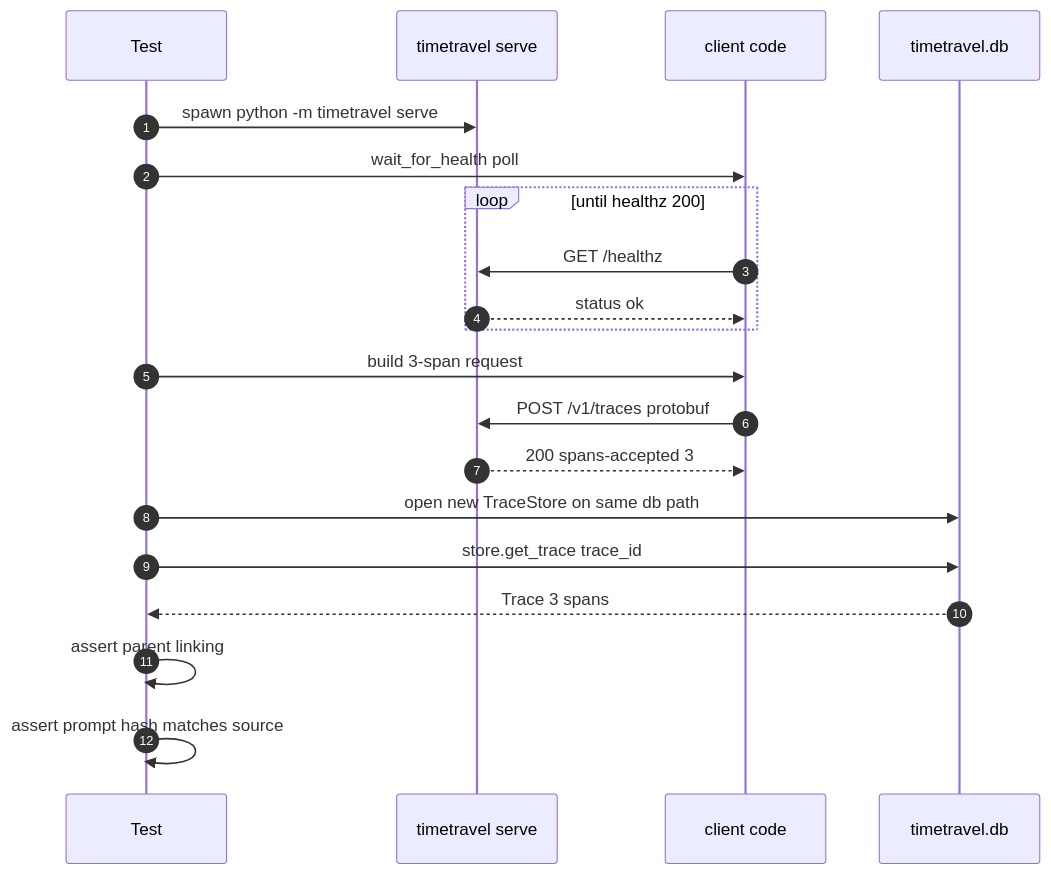
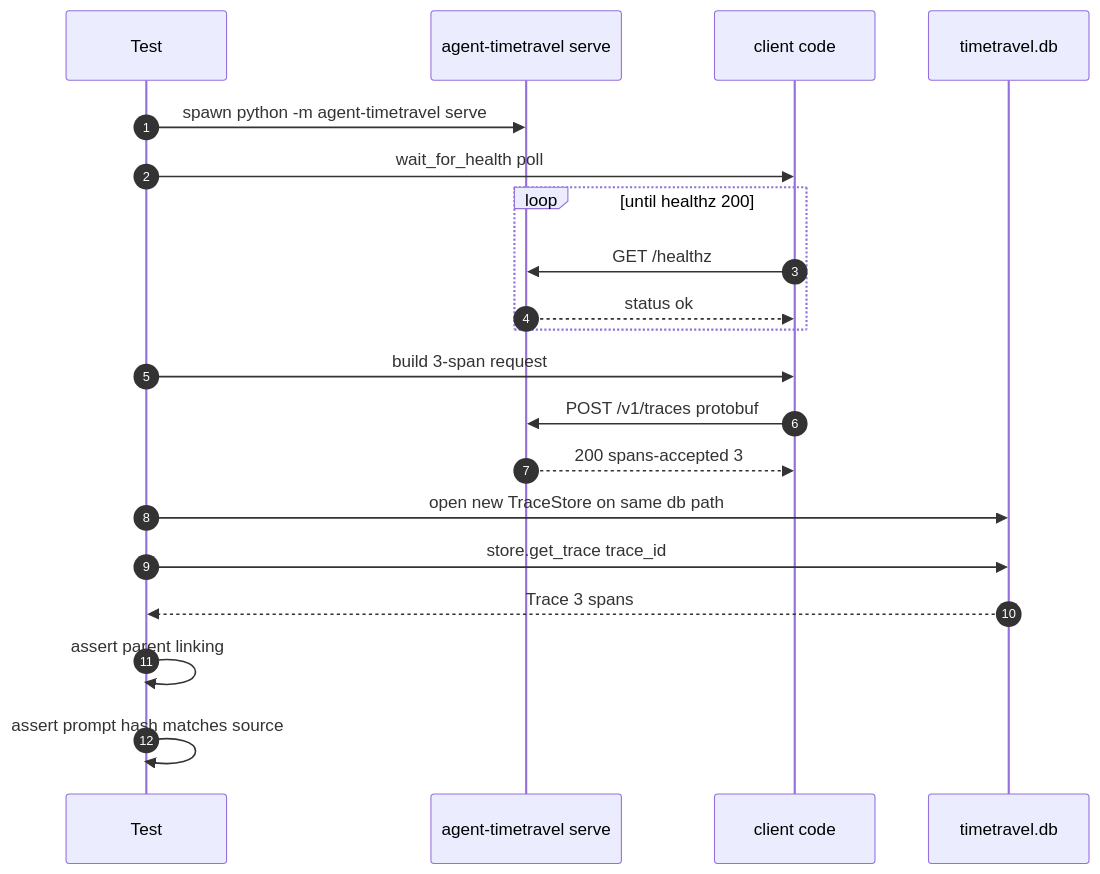
Before and after one commit to akshay-mp/Rewind: the third of 3 diagrams in docs/phases/phase-1.md, drawn with Mermaid. The commit also changed other lines of this file and 113 other files, not shown here.

Commit message:
Prepare agent-timetravel 0.2.0 release

````diff
--- a/docs/phases/phase-1.md
+++ b/docs/phases/phase-1.md
@@ -182,22 +182,22 @@
 ```mermaid
 sequenceDiagram
     autonumber
     participant T as Test
-    participant S as timetravel serve
+    participant S as agent-timetravel serve
     participant C as client code
     participant D as timetravel.db
-    T->>S: spawn python -m timetravel serve
+    T->>S: spawn python -m agent-timetravel serve
     T->>C: wait_for_health poll
     loop until healthz 200
         C->>S: GET /healthz
         S-->>C: status ok
     end
     T->>C: build 3-span request
     C->>S: POST /v1/traces protobuf
     S-->>C: 200 spans-accepted 3
     T->>D: open new TraceStore on same db path
     T->>D: store.get_trace trace_id
     D-->>T: Trace 3 spans
     T->>T: assert parent linking
     T->>T: assert prompt hash matches source
 ```
````
